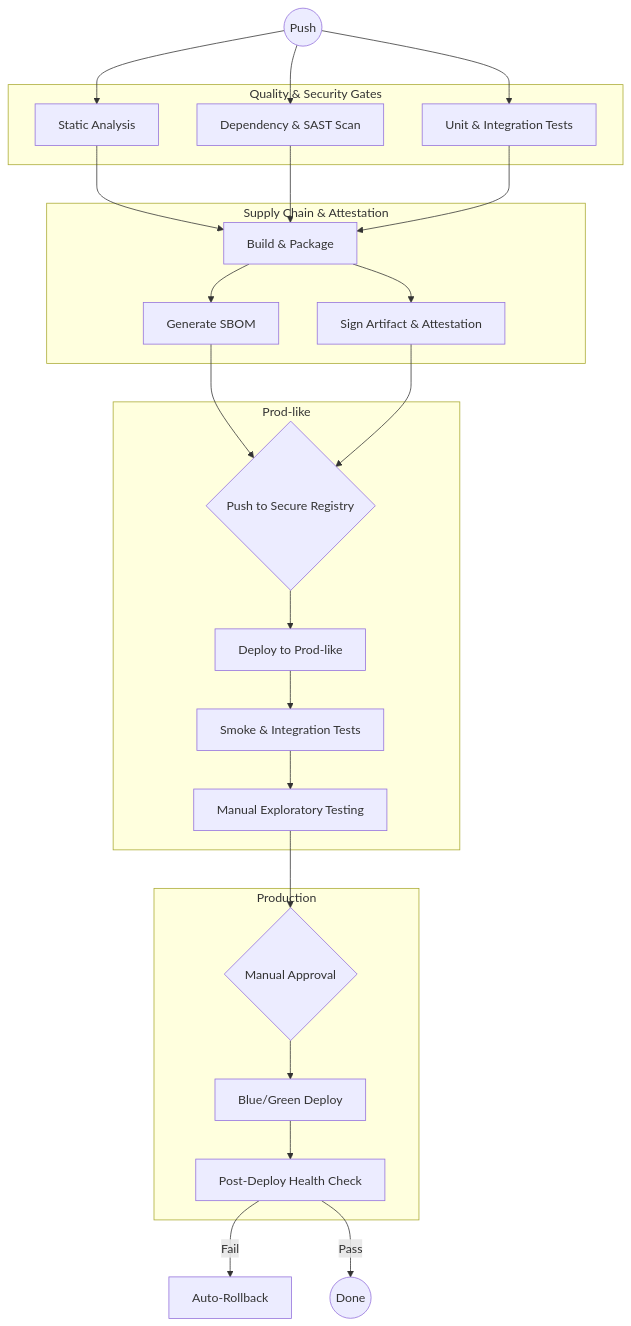
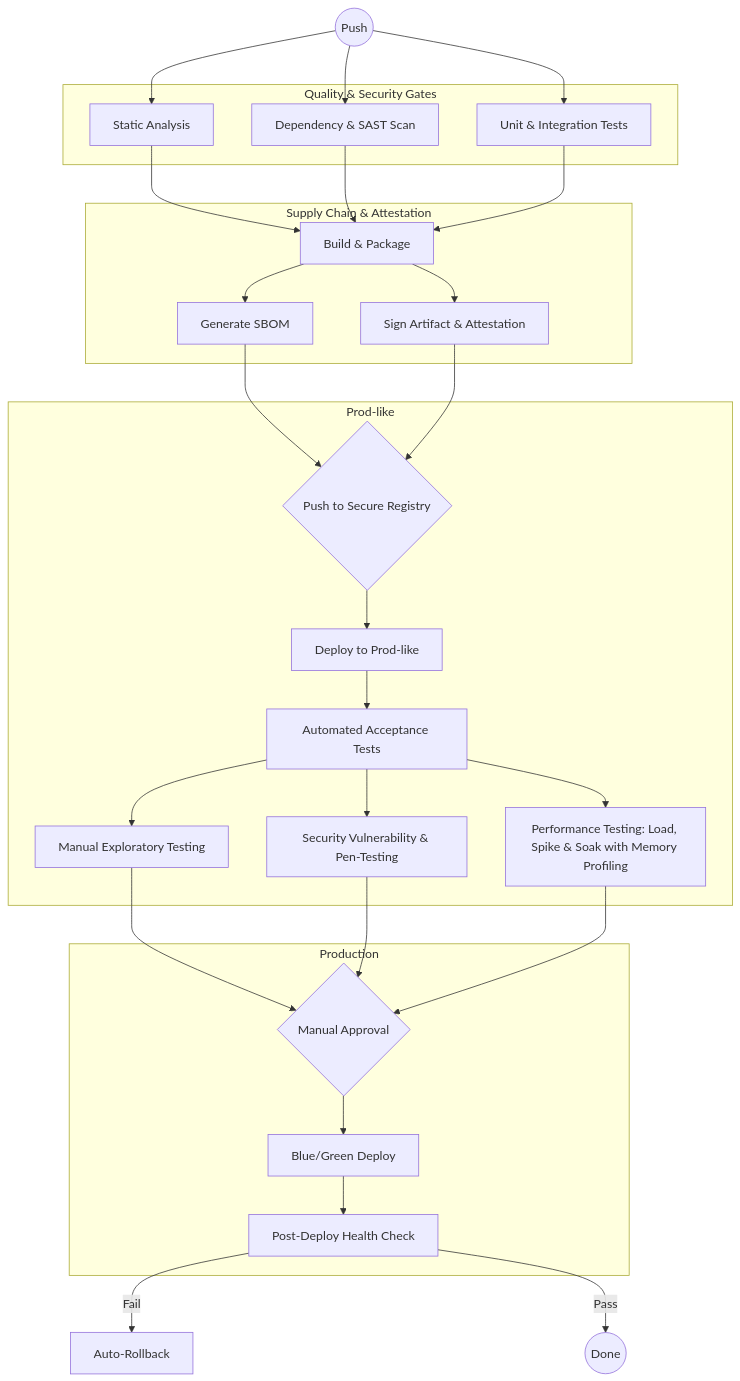
The fourth of 4 diagrams in README.md (lgpalnau/ci-cd-examples), drawn with Mermaid before and after one commit. The commit also changed other lines of this file, not shown here.

Commit message:
docs: update advanced pipeline with parallel verification steps

````diff
--- a/README.md
+++ b/README.md
@@ -71,35 +71,37 @@
 ```mermaid
 graph TD
     subgraph Quality & Security Gates
     A[Static Analysis]
     B[Dependency & SAST Scan]
     C[Unit & Integration Tests]
     end
 
     Start((Push)) --> A & B & C
     
     A & B & C --> D[Build & Package]
 
     subgraph Supply Chain Hardening [Supply Chain & Attestation]
     D --> E1[Generate SBOM]
     D --> E2[Sign Artifact & Attestation]
     end
 
     E1 & E2 --> F{Push to Secure Registry}
     
     subgraph Prod-like
     F --> G[Deploy to Prod-like]
-    G --> H1[Smoke & Integration Tests]
+    G --> H1[Automated Acceptance Tests]
     H1 --> H2[Manual Exploratory Testing]
+    H1 --> H3[Security Vulnerability & Pen-Testing]
+    H1 --> H4[Performance Testing: Load, Spike & Soak with Memory Profiling]
     end
     
-    H2 --> I{Manual Approval}
+    H2 & H3 & H4 --> I{Manual Approval}
     
     subgraph Production
     I --> J[Blue/Green Deploy]
     J --> K[Post-Deploy Health Check]
     end
     
     K -- Fail --> L[Auto-Rollback]
     K -- Pass --> M((Done))
 ```
````
